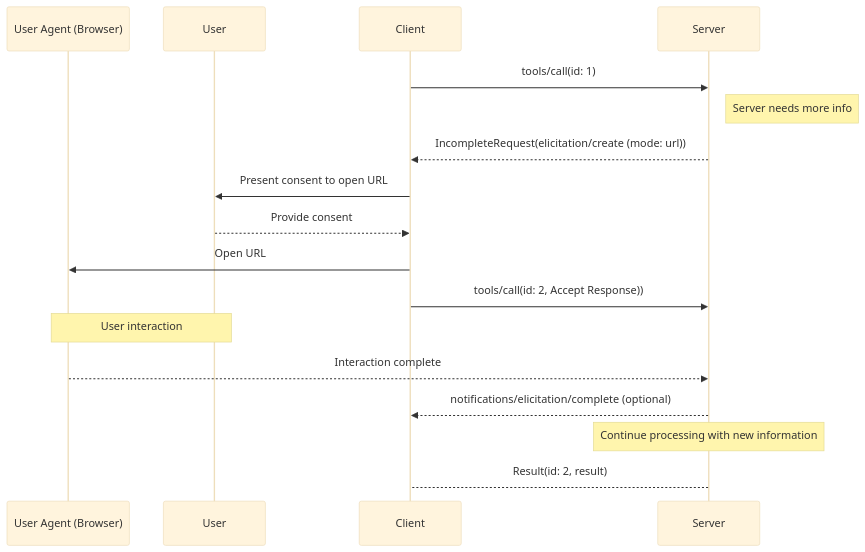
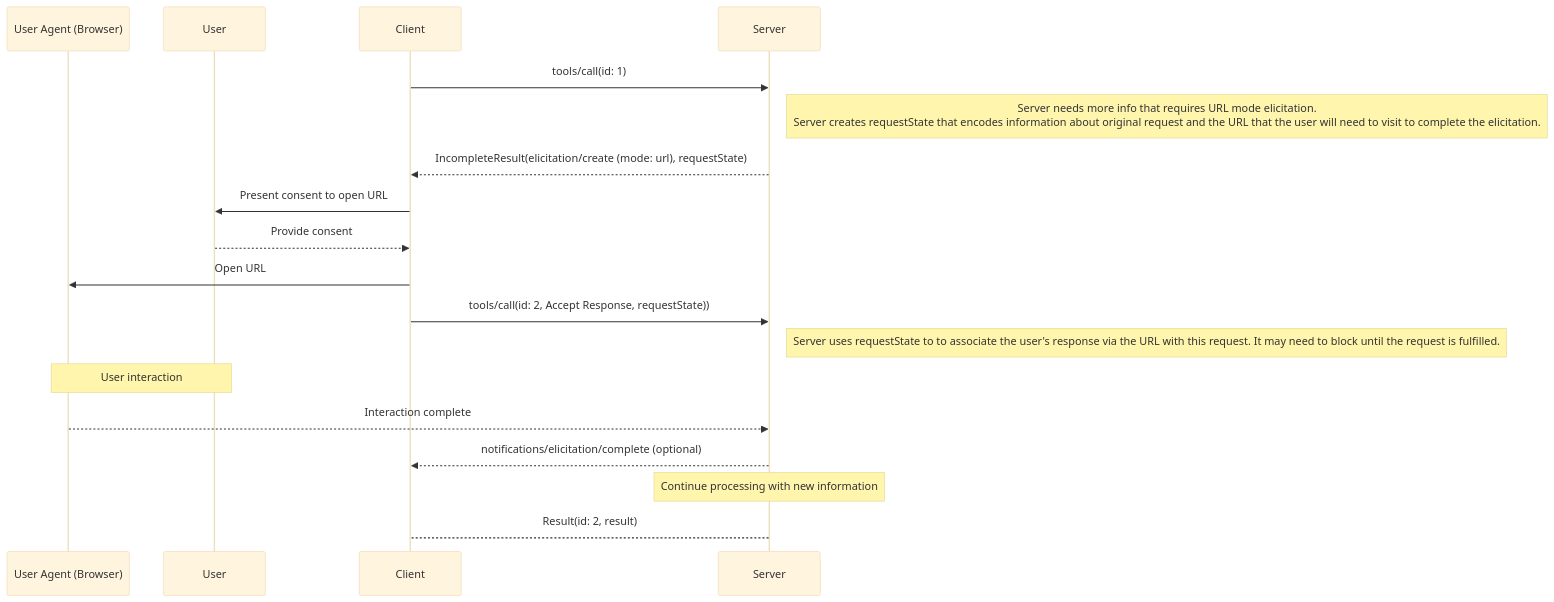
The second of 3 diagrams in docs/specification/draft/client/elicitation.mdx (modelcontextprotocol/modelcontextprotocol), drawn with Mermaid (base theme) before and after one commit. The commit also changed other lines of this file, not shown here.

Commit message:
update URL Mode elicitation flows, remove URLElicitationRequired error.

````diff
--- a/docs/specification/draft/client/elicitation.mdx
+++ b/docs/specification/draft/client/elicitation.mdx
@@ -494,24 +465,25 @@
 ```mermaid
 sequenceDiagram
     participant UserAgent as User Agent (Browser)
     participant User
     participant Client
     participant Server
 
     Client->>Server: tools/call(id: 1)
-    Note right of Server: Server needs more info
-    Server-->>Client: IncompleteRequest(elicitation/create (mode: url))
+    Note right of Server: Server needs more info that requires URL mode elicitation. <br/> Server creates requestState that encodes information about original request and the URL that the user will need to visit to complete the elicitation.
+    Server-->>Client: IncompleteResult(elicitation/create (mode: url), requestState)
 
     Client->>User: Present consent to open URL
     User-->>Client: Provide consent
 
     Client->>UserAgent: Open URL
-    Client->>Server: tools/call(id: 2, Accept Response))
+    Client->>Server: tools/call(id: 2, Accept Response, requestState))
+    Note right of Server: Server uses requestState to to associate the user's response via the URL with this request. It may need to block until the request is fulfilled. 
 
     Note over User,UserAgent: User interaction
     UserAgent-->>Server: Interaction complete
     Server-->>Client: notifications/elicitation/complete (optional)
 
     Note over Server: Continue processing with new information
     Server-->Client: Result(id: 2, result)
 ```
````
